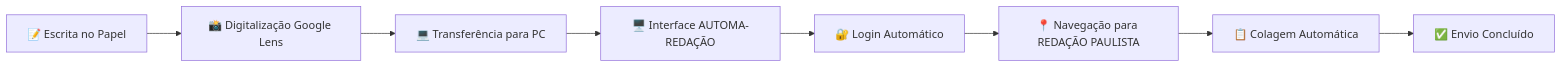
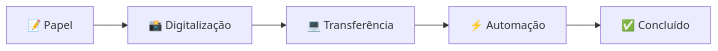
The diagram in README.md (VitorMoreira2344/Automa-oREDACAO), drawn with Mermaid before and after one commit. The commit also changed other lines of this file, not shown here.

````diff
--- a/README.md
+++ b/README.md
@@ -84,10 +47,7 @@
 ```mermaid
 graph LR
-    A[📝 Escrita no Papel] --> B[📸 Digitalização Google Lens]
-    B --> C[💻 Transferência para PC]
-    C --> D[🖥️ Interface AUTOMA-REDAÇÃO]
-    D --> E[🔐 Login Automático]
-    E --> F[📍 Navegação para REDAÇÃO PAULISTA]
-    F --> G[📋 Colagem Automática]
-    G --> H[✅ Envio Concluído]
+    A[📝 Papel] --> B[📸 Digitalização]
+    B --> C[💻 Transferência]
+    C --> D[⚡ Automação]
+    D --> E[✅ Concluído]
 ```
````
